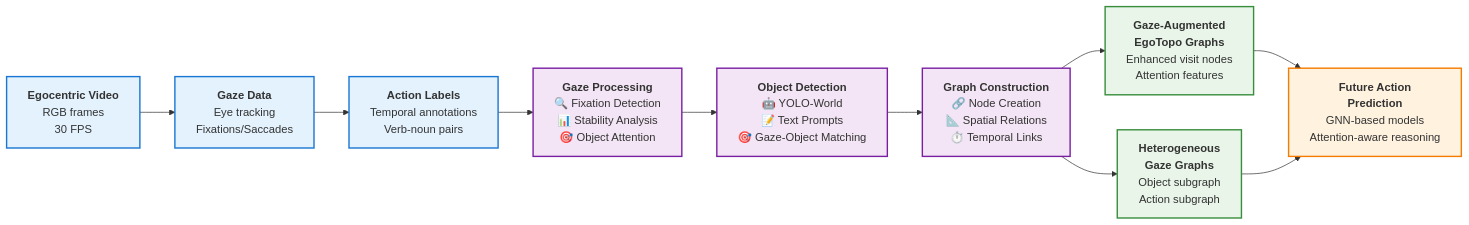
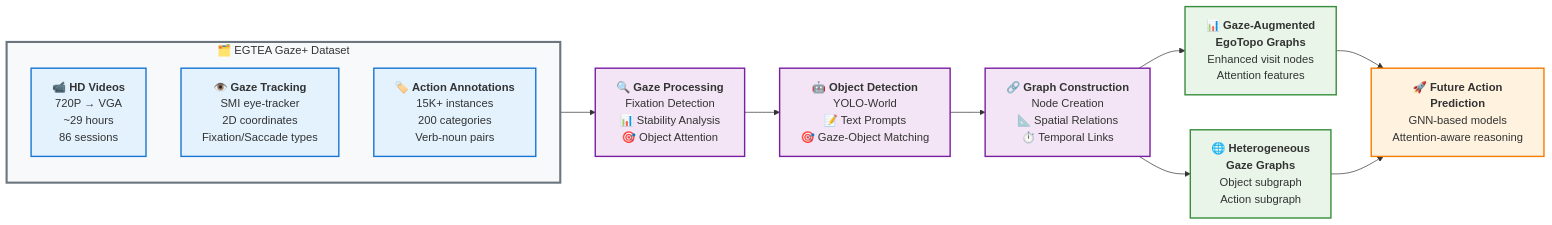
Before and after one commit to tavis-siebert/gaze-guided-scene: the diagram in figures/graph-construction-overview.md, drawn with Mermaid. The commit also changed other lines of this file, not shown here.

Commit message:
feat(figures): restructure diagram with EGTEA Gaze+ dataset container
Add dataset subgraph container with precise EGTEA Gaze+ specifications and enhanced emoji visualization for poster presentation.

````diff
--- a/figures/graph-construction-overview.md
+++ b/figures/graph-construction-overview.md
@@ -5,59 +5,68 @@
 ```mermaid
 flowchart LR
-    %% Input Data
-    A["`**Egocentric Video**
-    RGB frames
-    30 FPS`"] --> B["`**Gaze Data**
-    Eye tracking
-    Fixations/Saccades`"]
-    
-    B --> C["`**Action Labels**
-    Temporal annotations
-    Verb-noun pairs`"]
+    %% Dataset Container
+    subgraph Dataset["🗂️ EGTEA Gaze+ Dataset"]
+        A["`📹 **HD Videos**
+        720P → VGA
+        ~29 hours
+        86 sessions`"]
+        
+        B["`👁️ **Gaze Tracking**
+        SMI eye-tracker
+        2D coordinates
+        Fixation/Saccade types`"]
+        
+        C["`🏷️ **Action Annotations**
+        15K+ instances
+        200 categories
+        Verb-noun pairs`"]
+    end
     
     %% Core Processing Pipeline
-    C --> D["`**Gaze Processing**
-    🔍 Fixation Detection
+    Dataset --> D["`🔍 **Gaze Processing**
+    Fixation Detection
     📊 Stability Analysis
     🎯 Object Attention`"]
     
-    D --> E["`**Object Detection**
-    🤖 YOLO-World
+    D --> E["`🤖 **Object Detection**
+    YOLO-World
     📝 Text Prompts
     🎯 Gaze-Object Matching`"]
     
-    E --> F["`**Graph Construction**
-    🔗 Node Creation
+    E --> F["`🔗 **Graph Construction**
+    Node Creation
     📐 Spatial Relations
     ⏱️ Temporal Links`"]
     
     %% Output Representations
-    F --> G["`**Gaze-Augmented
+    F --> G["`📊 **Gaze-Augmented
     EgoTopo Graphs**
     Enhanced visit nodes
     Attention features`"]
     
-    F --> H["`**Heterogeneous
+    F --> H["`🌐 **Heterogeneous
     Gaze Graphs**
     Object subgraph
     Action subgraph`"]
     
     %% Downstream Tasks
-    G --> I["`**Future Action
+    G --> I["`🚀 **Future Action
     Prediction**
     GNN-based models
     Attention-aware reasoning`"]
     
     H --> I
     
     %% Styling for academic presentation
+    classDef dataset fill:#f8f9fa,stroke:#6c757d,stroke-width:3px
     classDef input fill:#e3f2fd,stroke:#1976d2,stroke-width:2px
     classDef processing fill:#f3e5f5,stroke:#7b1fa2,stroke-width:2px
     classDef output fill:#e8f5e8,stroke:#388e3c,stroke-width:2px
     classDef task fill:#fff3e0,stroke:#f57c00,stroke-width:2px
     
+    class Dataset dataset
     class A,B,C input
     class D,E,F processing
     class G,H output
     class I task
 ```
````
